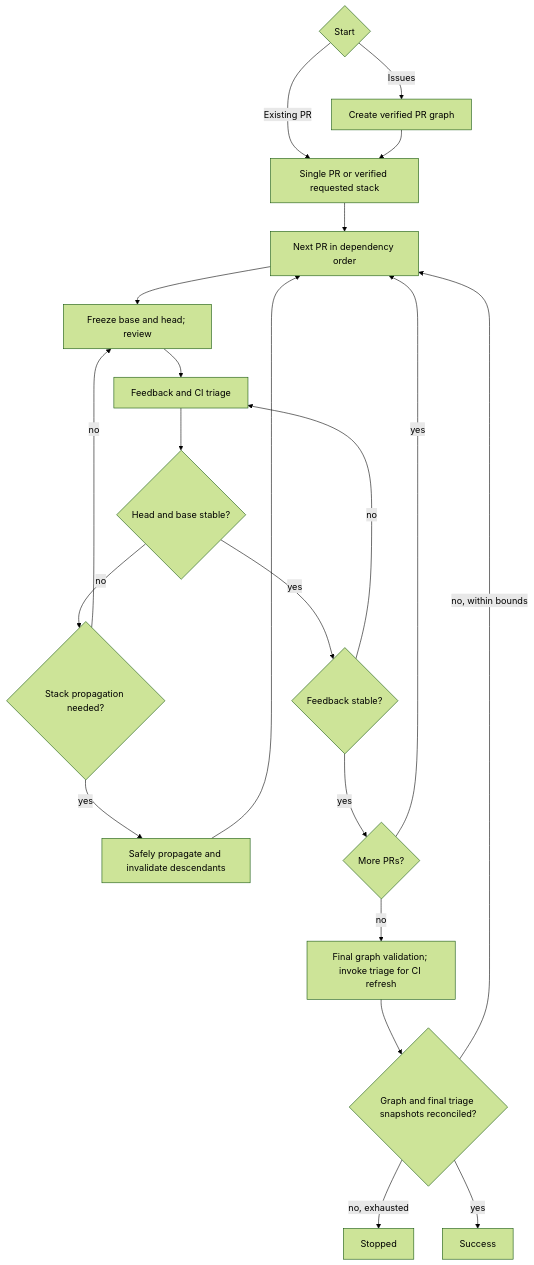
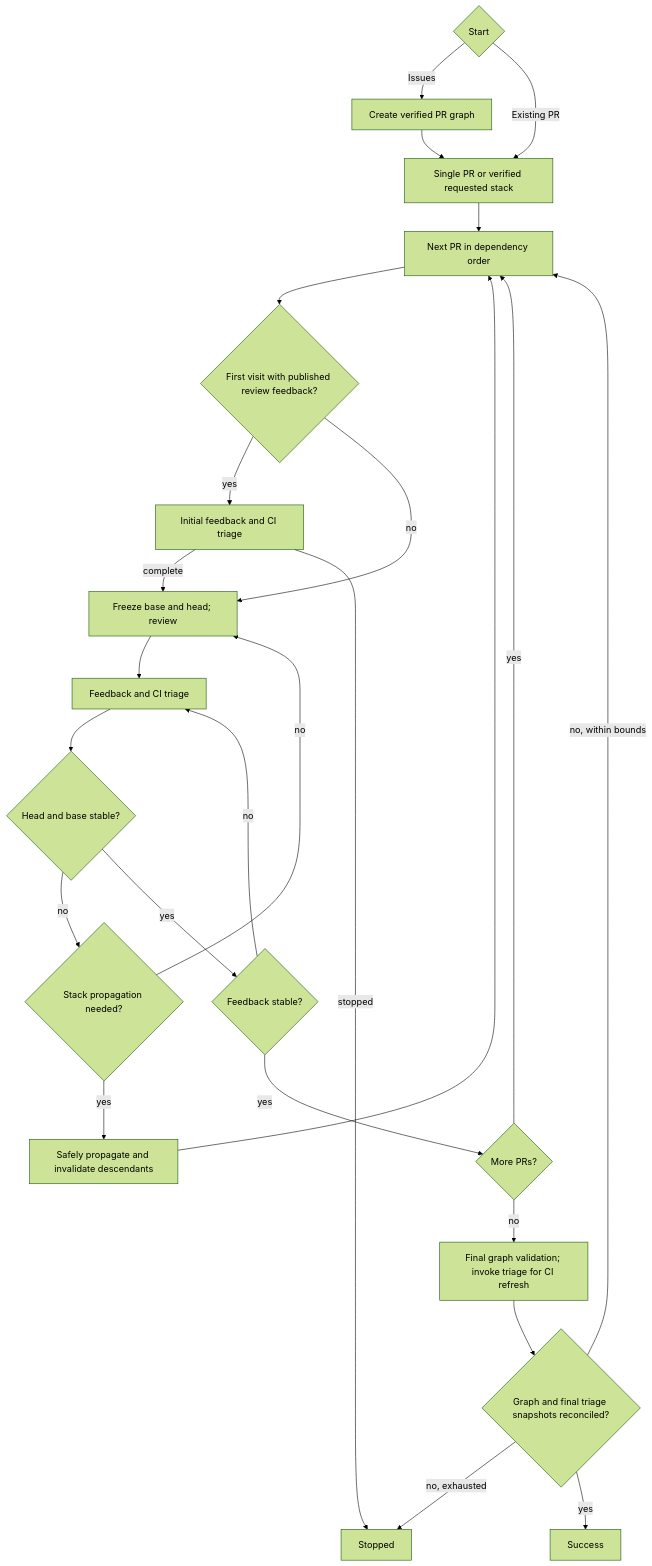
Before and after one commit to dceoy/pr-loop: the diagram in skills/pr-loop/SKILL.md, drawn with Mermaid (forest theme). The commit also changed other lines of this file, not shown here.

Commit message:
Start pr-loop with feedback triage when PR reviews already exist

````diff
--- a/skills/pr-loop/SKILL.md
+++ b/skills/pr-loop/SKILL.md
@@ -25,23 +26,27 @@
 ```mermaid
 flowchart TD
   S{Start} -->|Issues| I[Create verified PR graph]
   S -->|Existing PR| A[Single PR or verified requested stack]
   I --> A
   A --> B[Next PR in dependency order]
-  B --> C[Freeze base and head; review]
+  B --> Q{First visit with published review feedback?}
+  Q -->|yes| T[Initial feedback and CI triage]
+  Q -->|no| C[Freeze base and head; review]
+  T -->|complete| C
+  T -->|stopped| X[Stopped]
   C --> D[Feedback and CI triage]
   D --> E{Head and base stable?}
   E -->|no| F{Stack propagation needed?}
   F -->|yes| G[Safely propagate and invalidate descendants]
   G --> B
   F -->|no| C
   E -->|yes| K{Feedback stable?}
   K -->|no| D
   K -->|yes| H{More PRs?}
   H -->|yes| B
   H -->|no| V[Final graph validation; invoke triage for CI refresh]
   V --> J{Graph and final triage snapshots reconciled?}
   J -->|no, within bounds| B
   J -->|no, exhausted| X[Stopped]
   J -->|yes| Y[Success]
 ```
````
